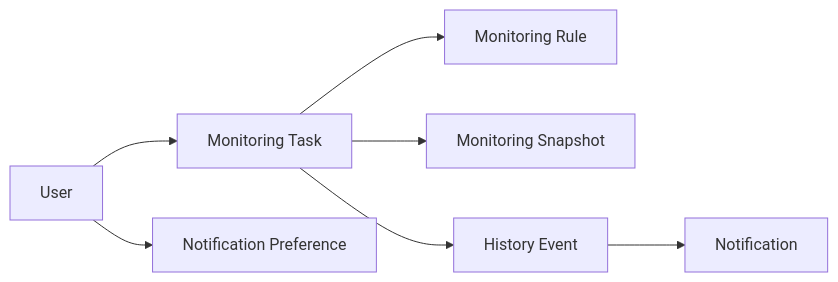
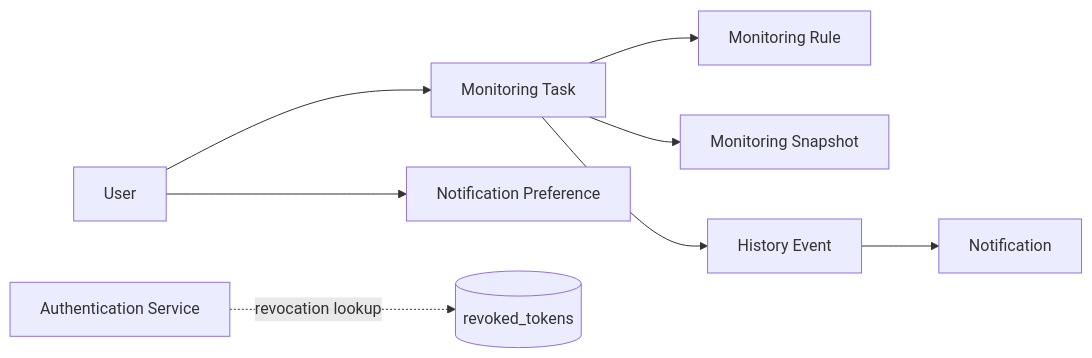
One commit to PrashantsGit/WatchTower changed the second of 3 diagrams in docs/03_Database_Design.md. Above: the diagram before and after it, drawn with Mermaid. The commit also changed other lines of this file, not shown here.

````diff
--- a/docs/03_Database_Design.md
+++ b/docs/03_Database_Design.md
@@ -189,29 +189,35 @@
 ```mermaid
 flowchart LR
 
 USER[User]
 
 TASK[Monitoring Task]
 
 RULE[Monitoring Rule]
 
 SNAP[Monitoring Snapshot]
 
 EVENT[History Event]
 
 PREF[Notification Preference]
 
 NOTIFY[Notification]
 
 USER --> TASK
 
 TASK --> RULE
 
 TASK --> SNAP
 
 TASK --> EVENT
 
 USER --> PREF
 
 EVENT --> NOTIFY
+
+AUTH[Authentication Service]
+REVOKED[(revoked_tokens)]
+
+AUTH -. "revocation lookup" .-> REVOKED
+
 ```
````
